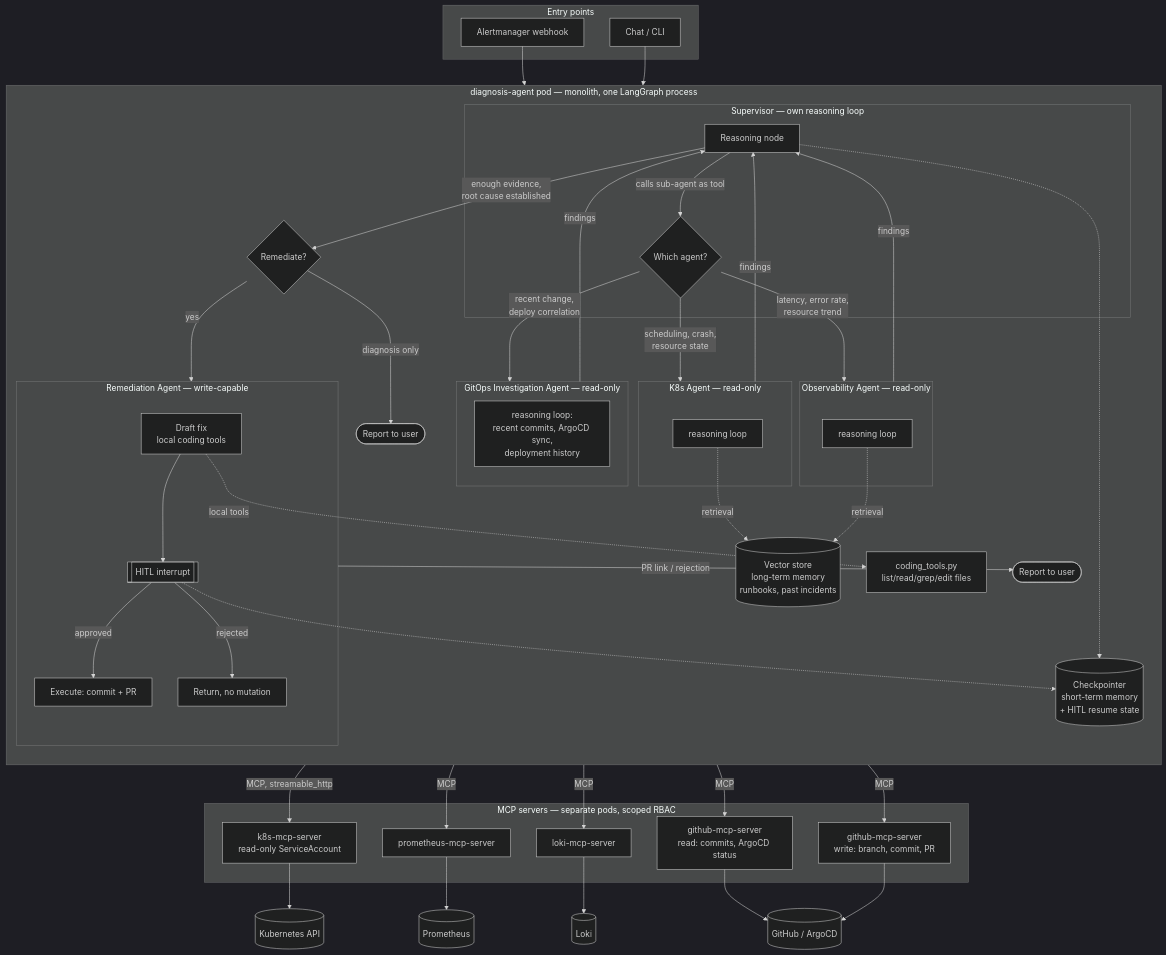
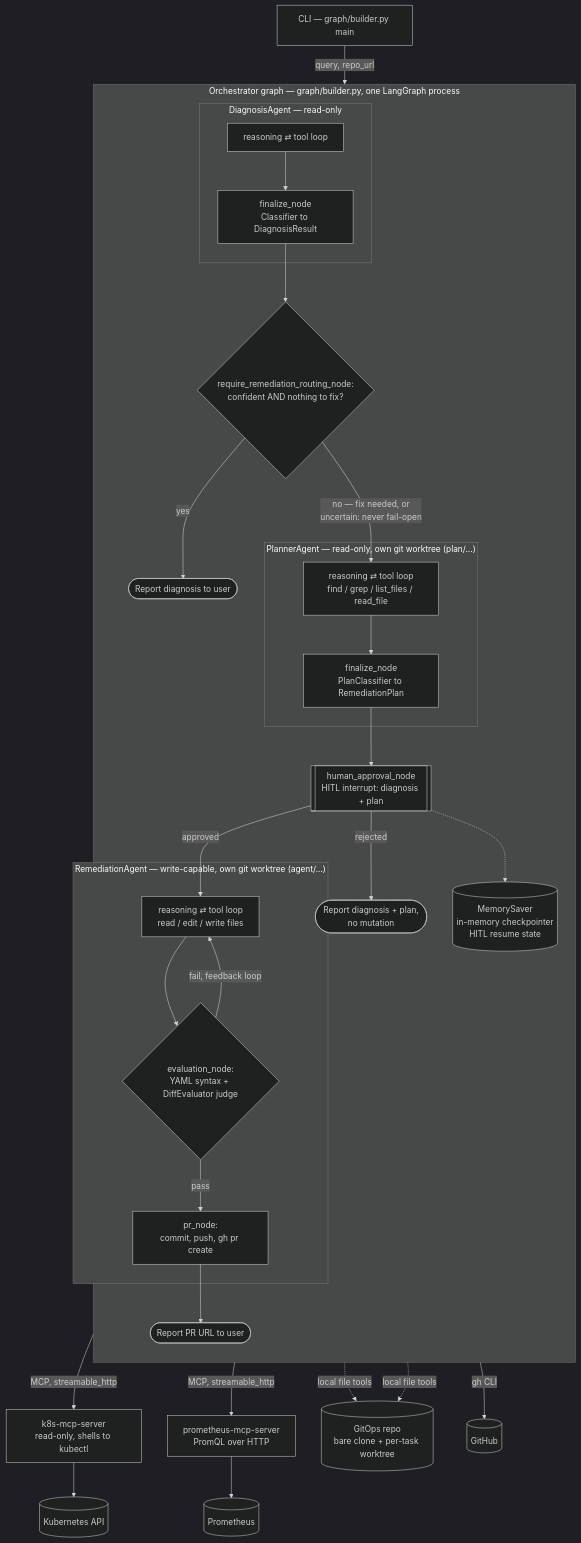
One commit to BryMat24/Kubernaut changed the diagram in README.md. Above: the diagram before and after it, drawn with Mermaid (dark theme). The commit also changed other lines of this file, not shown here.

````diff
--- a/README.md
+++ b/README.md
@@ -16,81 +15,47 @@
 ```mermaid
 flowchart TB
-    subgraph ENTRY["Entry points"]
-        WEBHOOK[Alertmanager webhook]
-        CHAT[Chat / CLI]
+    CLI[CLI — graph/builder.py main] -->|query, repo_url| DIAG_LOOP
+
+    subgraph GRAPH["Orchestrator graph — graph/builder.py, one LangGraph process"]
+        direction TB
+
+        subgraph DIAG["DiagnosisAgent — read-only"]
+            DIAG_LOOP[reasoning ⇄ tool loop]
+            DIAG_LOOP --> DIAG_FIN[finalize_node<br/>Classifier to DiagnosisResult]
+        end
+
+        DIAG_FIN --> ROUTE{require_remediation_routing_node:<br/>confident AND nothing to fix?}
+        ROUTE -->|yes| DONE1([Report diagnosis to user])
+        ROUTE -->|no — fix needed, or<br/>uncertain: never fail-open| PLAN_LOOP
+
+        subgraph PLAN["PlannerAgent — read-only, own git worktree (plan/...)"]
+            PLAN_LOOP[reasoning ⇄ tool loop<br/>find / grep / list_files / read_file]
+            PLAN_LOOP --> PLAN_FIN[finalize_node<br/>PlanClassifier to RemediationPlan]
+        end
+
+        PLAN_FIN --> GATE[[human_approval_node<br/>HITL interrupt: diagnosis + plan]]
+        GATE -->|approved| REMED_LOOP
+        GATE -->|rejected| DONE2([Report diagnosis + plan,<br/>no mutation])
+
+        subgraph REMED["RemediationAgent — write-capable, own git worktree (agent/...)"]
+            REMED_LOOP[reasoning ⇄ tool loop<br/>read / edit / write files]
+            REMED_LOOP --> EVAL{evaluation_node:<br/>YAML syntax + DiffEvaluator judge}
+            EVAL -->|fail, feedback loop| REMED_LOOP
+            EVAL -->|pass| PR[pr_node:<br/>commit, push, gh pr create]
+        end
+
+        PR --> DONE3([Report PR URL to user])
+
+        CHECKPOINT[(MemorySaver<br/>in-memory checkpointer<br/>HITL resume state)]
+        GATE -.-> CHECKPOINT
     end
 
-    WEBHOOK --> SUP
-    CHAT --> SUP
-
-    subgraph AGENT_POD["diagnosis-agent pod — monolith, one LangGraph process"]
-        direction TB
-
-        subgraph SUP_LOOP["Supervisor — own reasoning loop"]
-            SUP[Reasoning node]
-            SUP -->|calls sub-agent as tool| DISPATCH{Which agent?}
-        end
-
-        DISPATCH -->|scheduling, crash,<br/>resource state| K8S_AGENT
-        DISPATCH -->|latency, error rate,<br/>resource trend| OBS_AGENT
-        DISPATCH -->|recent change,<br/>deploy correlation| GITOPS_AGENT
-
-        K8S_AGENT -->|findings| SUP
-        OBS_AGENT -->|findings| SUP
-        GITOPS_AGENT -->|findings| SUP
-
-        SUP -->|enough evidence,<br/>root cause established| REMED_GATE{Remediate?}
-        REMED_GATE -->|yes| REMED_AGENT
-        REMED_GATE -->|diagnosis only| DONE([Report to user])
-
-        subgraph K8S_AGENT["K8s Agent — read-only"]
-            K8S_LOOP[reasoning loop]
-        end
-
-        subgraph OBS_AGENT["Observability Agent — read-only"]
-            OBS_LOOP[reasoning loop]
-        end
-
-        subgraph GITOPS_AGENT["GitOps Investigation Agent — read-only"]
-            GI_LOOP[reasoning loop:<br/>recent commits, ArgoCD sync,<br/>deployment history]
-        end
-
-        subgraph REMED_AGENT["Remediation Agent — write-capable"]
-            RD[Draft fix<br/>local coding tools]
-            RD --> RGATE[[HITL interrupt]]
-            RGATE -->|approved| RE[Execute: commit + PR]
-            RGATE -->|rejected| RR[Return, no mutation]
-        end
-
-        REMED_AGENT -->|PR link / rejection| DONE2([Report to user])
-
-        CHECKPOINT[(Checkpointer<br/>short-term memory<br/>+ HITL resume state)]
-        VECTOR[(Vector store<br/>long-term memory<br/>runbooks, past incidents)]
-
-        SUP -.-> CHECKPOINT
-        RGATE -.-> CHECKPOINT
-        K8S_LOOP -.retrieval.-> VECTOR
-        OBS_LOOP -.retrieval.-> VECTOR
-        RD -.local tools.-> CODING[coding_tools.py<br/>list/read/grep/edit files]
-    end
-
-    K8S_LOOP -->|MCP, streamable_http| K8S_MCP
-    OBS_LOOP -->|MCP| PROM_MCP
-    OBS_LOOP -->|MCP| LOKI_MCP
-    GI_LOOP -->|MCP| GH_READ_MCP
-    RE -->|MCP| GH_WRITE_MCP
-
-    subgraph MCP_TIER["MCP servers — separate pods, scoped RBAC"]
-        K8S_MCP[k8s-mcp-server<br/>read-only ServiceAccount]
-        PROM_MCP[prometheus-mcp-server]
-        LOKI_MCP[loki-mcp-server]
-        GH_READ_MCP[github-mcp-server<br/>read: commits, ArgoCD status]
-        GH_WRITE_MCP[github-mcp-server<br/>write: branch, commit, PR]
-    end
+    DIAG_LOOP -->|MCP, streamable_http| K8S_MCP[k8s-mcp-server<br/>read-only, shells to kubectl]
+    DIAG_LOOP -->|MCP, streamable_http| PROM_MCP[prometheus-mcp-server<br/>PromQL over HTTP]
+    PLAN_LOOP -.local file tools.-> REPO[(GitOps repo<br/>bare clone + per-task worktree)]
+    REMED_LOOP -.local file tools.-> REPO
+    PR -->|gh CLI| GHUB[(GitHub)]
 
     K8S_MCP --> K8SAPI[(Kubernetes API)]
     PROM_MCP --> PROM[(Prometheus)]
-    LOKI_MCP --> LOKI[(Loki)]
-    GH_READ_MCP --> GHUB[(GitHub / ArgoCD)]
-    GH_WRITE_MCP --> GHUB
 ```
````
